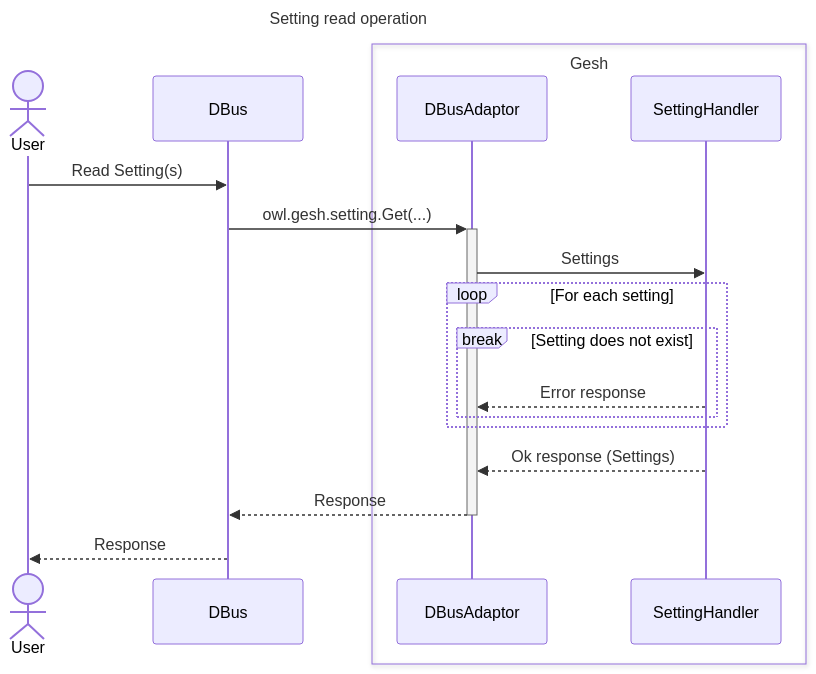
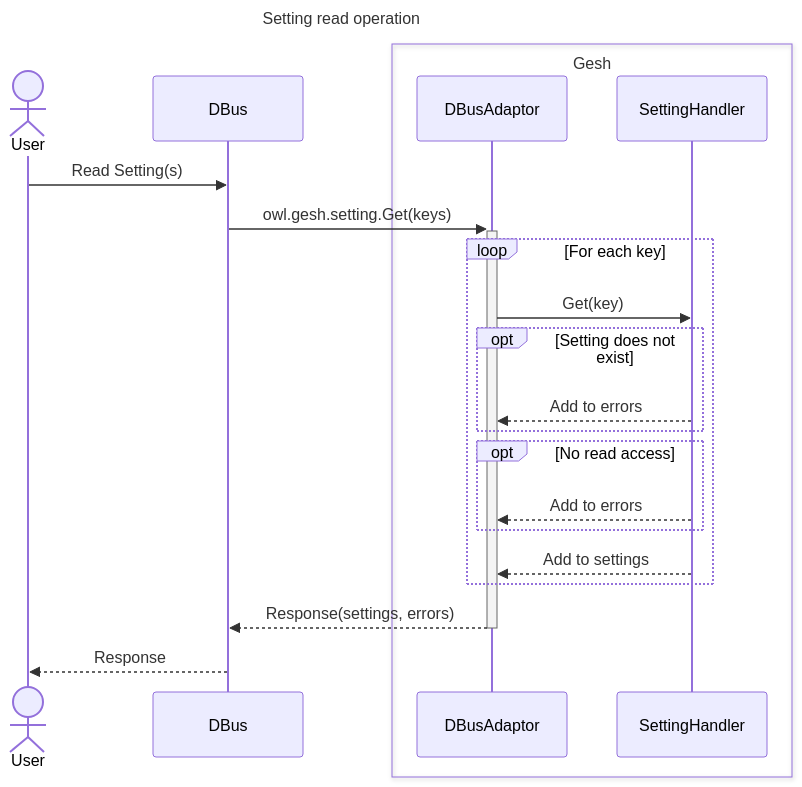
The first of 2 diagrams in README.md (MandusBorjesson/gesh), drawn with Mermaid before and after one commit. The commit also changed other lines of this file and 11 other files, not shown here.

````diff
--- a/README.md
+++ b/README.md
@@ -13,23 +13,27 @@
 ```mermaid
 ---
 title: Setting read operation
 ---
 sequenceDiagram
     actor User
     participant DBus
     box Gesh
         participant DBusAdaptor
         participant SettingHandler
     end
     User->>DBus: Read Setting(s)
-    DBus->>+DBusAdaptor: owl.gesh.setting.Get(...)
-    DBusAdaptor->>SettingHandler: Settings
-    loop For each setting
-        break Setting does not exist
-            SettingHandler-->>DBusAdaptor: Error response
+    DBus->>+DBusAdaptor: owl.gesh.setting.Get(keys)
+    loop For each key
+        DBusAdaptor->>SettingHandler: Get(key)
+        opt Setting does not exist
+            SettingHandler-->>DBusAdaptor: Add to errors
         end
+        opt No read access
+            SettingHandler-->>DBusAdaptor: Add to errors
+        end
+        SettingHandler-->>DBusAdaptor: Add to settings
     end
-    SettingHandler-->>DBusAdaptor: Ok response (Settings)
-    DBusAdaptor-->>-DBus: Response
+
+    DBusAdaptor-->>-DBus: Response(settings, errors)
     DBus-->>User: Response
 ```
````
